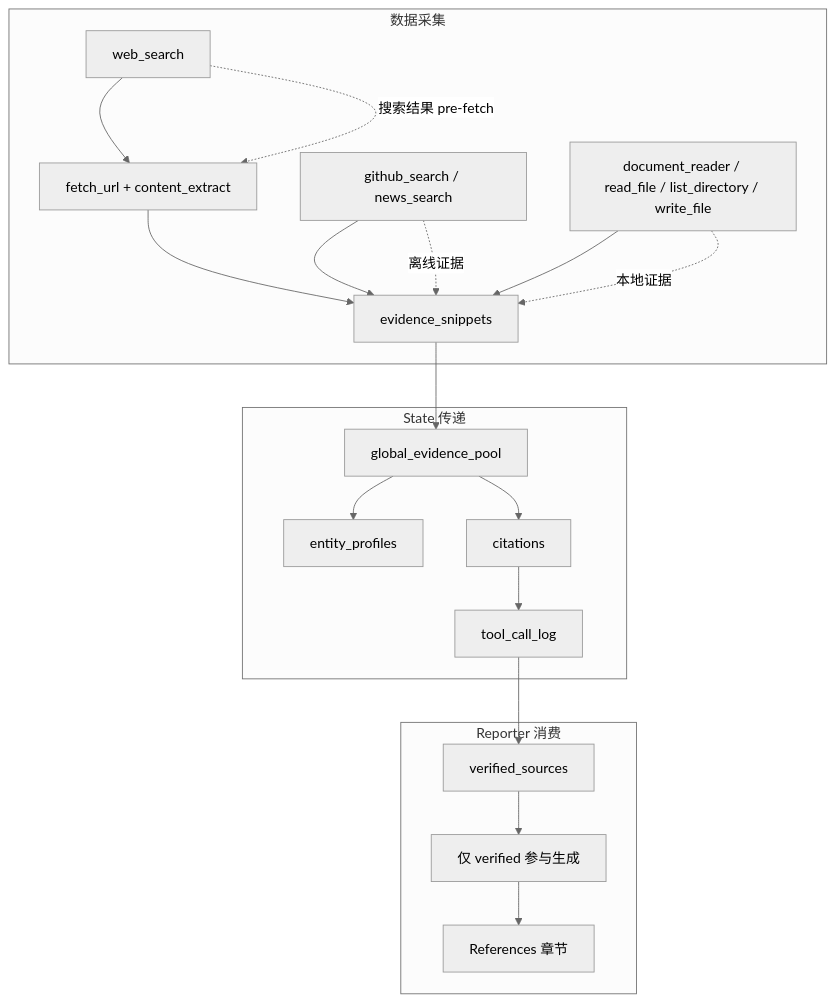
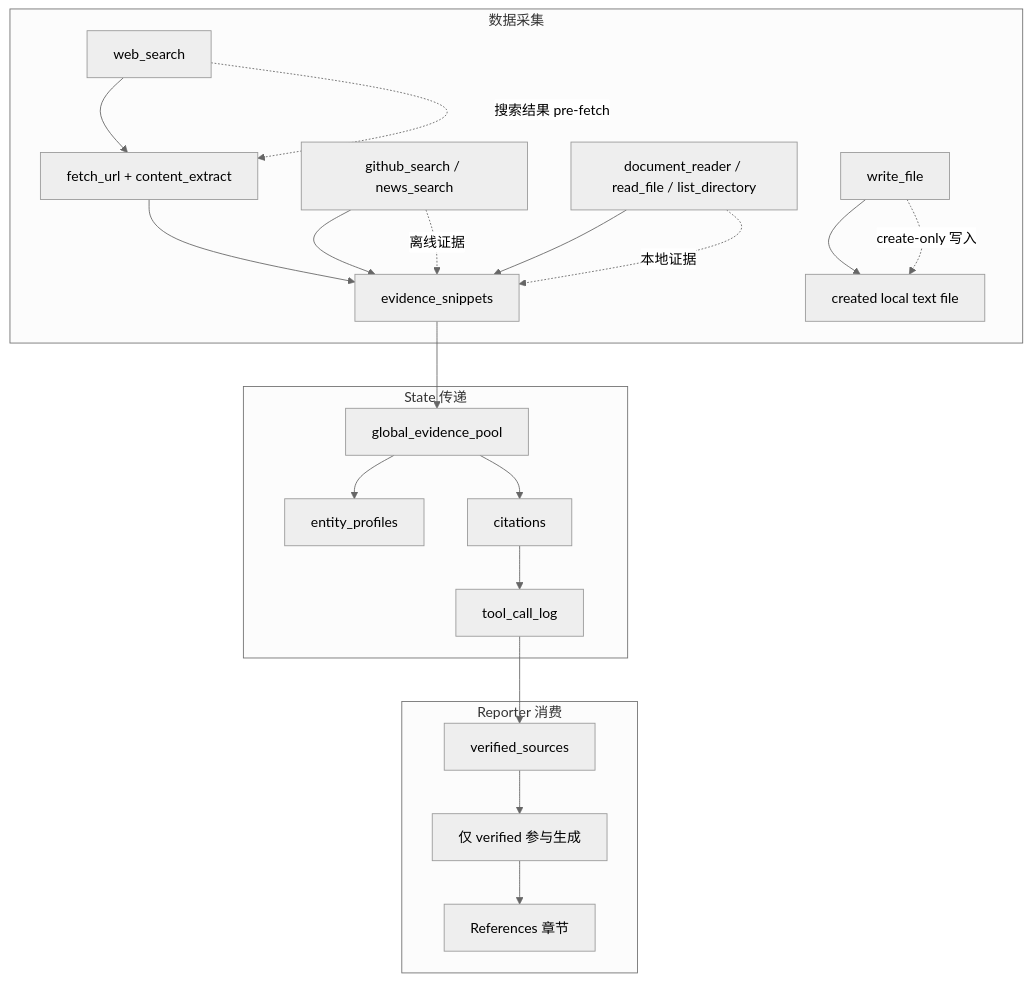
The third of 3 diagrams in README.md (Caser-86/InsightGraph), drawn with Mermaid (neutral theme) before and after one commit.

Commit message:
docs: clarify write file data flow

````diff
--- a/README.md
+++ b/README.md
@@ -372,26 +372,28 @@
 ```mermaid
 flowchart TB
     subgraph 数据采集
         T1[web_search] --> T2[fetch_url + content_extract]
         T3[github_search / news_search] --> T8[evidence_snippets]
-        T5[document_reader / read_file / list_directory / write_file] --> T8
+        T5[document_reader / read_file / list_directory] --> T8
+        T6[write_file] --> T9[created local text file]
         T2 --> T8
     end
 
     subgraph State 传递
         T8 --> S1[global_evidence_pool]
         S1 --> S2[entity_profiles]
         S1 --> S3[citations]
         S3 --> S4[tool_call_log]
     end
 
     subgraph Reporter 消费
         S4 --> R1[verified_sources]
         R1 --> R2[仅 verified 参与生成]
         R2 --> R3[References 章节]
     end
 
     T1 -.->|搜索结果 pre-fetch| T2
     T3 -.->|离线证据| T8
     T5 -.->|本地证据| T8
+    T6 -.->|create-only 写入| T9
 ```
````
